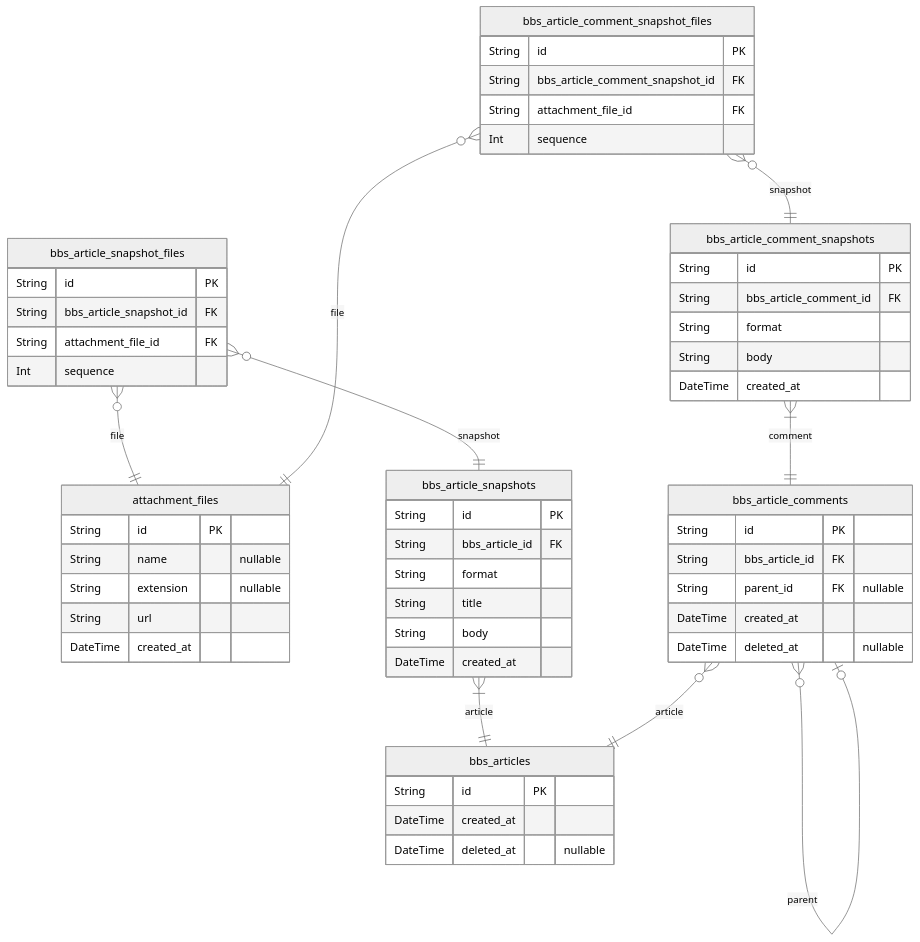
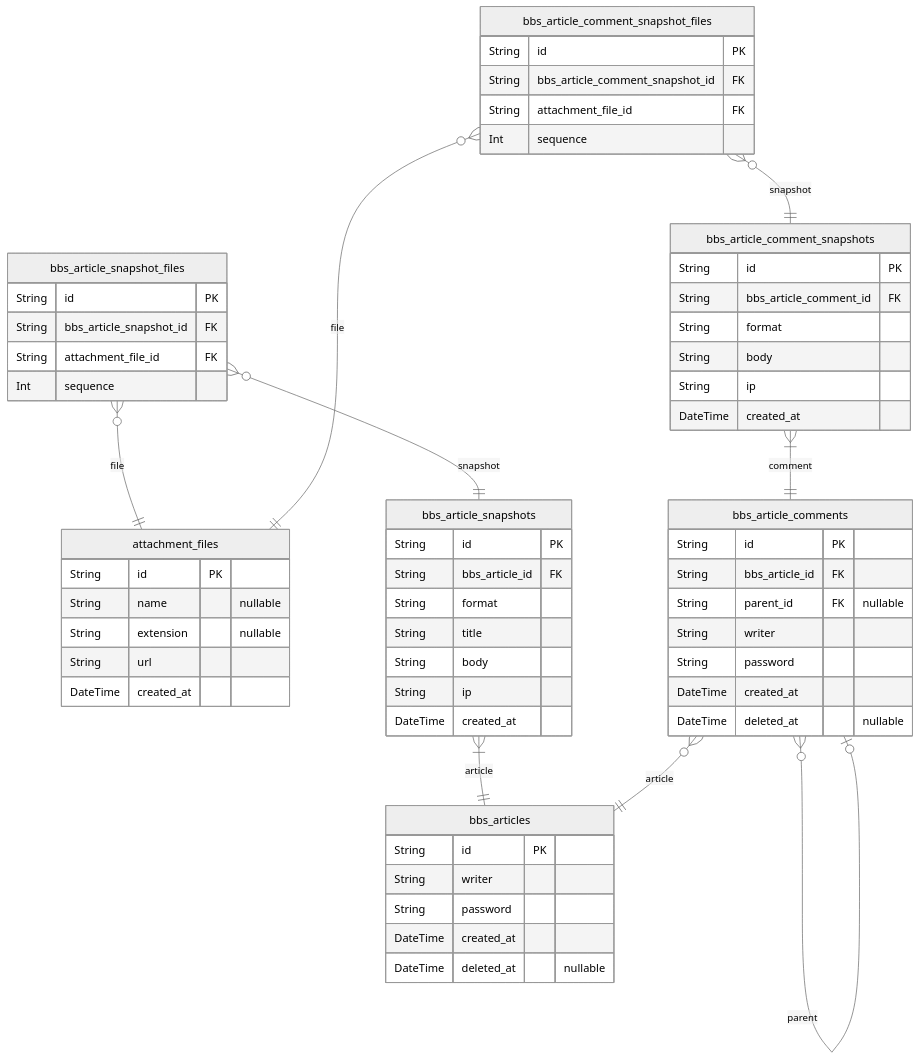
The diagram in docs/ERD.md (samchon/bbs-backend), drawn with Mermaid (neutral theme) before and after one commit. The commit also changed other lines of this file and 75 other files, not shown here.

````diff
--- a/docs/ERD.md
+++ b/docs/ERD.md
@@ -8,57 +8,63 @@
 ```mermaid
 erDiagram
 "attachment_files" {
     String id PK
     String name "nullable"
     String extension "nullable"
     String url
     DateTime created_at
 }
 "bbs_articles" {
     String id PK
+    String writer
+    String password
     DateTime created_at
     DateTime deleted_at "nullable"
 }
 "bbs_article_snapshots" {
     String id PK
     String bbs_article_id FK
     String format
     String title
     String body
+    String ip
     DateTime created_at
 }
 "bbs_article_snapshot_files" {
     String id PK
     String bbs_article_snapshot_id FK
     String attachment_file_id FK
     Int sequence
 }
 "bbs_article_comments" {
     String id PK
     String bbs_article_id FK
     String parent_id FK "nullable"
+    String writer
+    String password
     DateTime created_at
     DateTime deleted_at "nullable"
 }
 "bbs_article_comment_snapshots" {
     String id PK
     String bbs_article_comment_id FK
     String format
     String body
+    String ip
     DateTime created_at
 }
 "bbs_article_comment_snapshot_files" {
     String id PK
     String bbs_article_comment_snapshot_id FK
     String attachment_file_id FK
     Int sequence
 }
 "bbs_article_snapshots" }|--|| "bbs_articles" : article
 "bbs_article_snapshot_files" }o--|| "bbs_article_snapshots" : snapshot
 "bbs_article_snapshot_files" }o--|| "attachment_files" : file
 "bbs_article_comments" }o--|| "bbs_articles" : article
 "bbs_article_comments" }o--o| "bbs_article_comments" : parent
 "bbs_article_comment_snapshots" }|--|| "bbs_article_comments" : comment
 "bbs_article_comment_snapshot_files" }o--|| "bbs_article_comment_snapshots" : snapshot
 "bbs_article_comment_snapshot_files" }o--|| "attachment_files" : file
 ```
````
